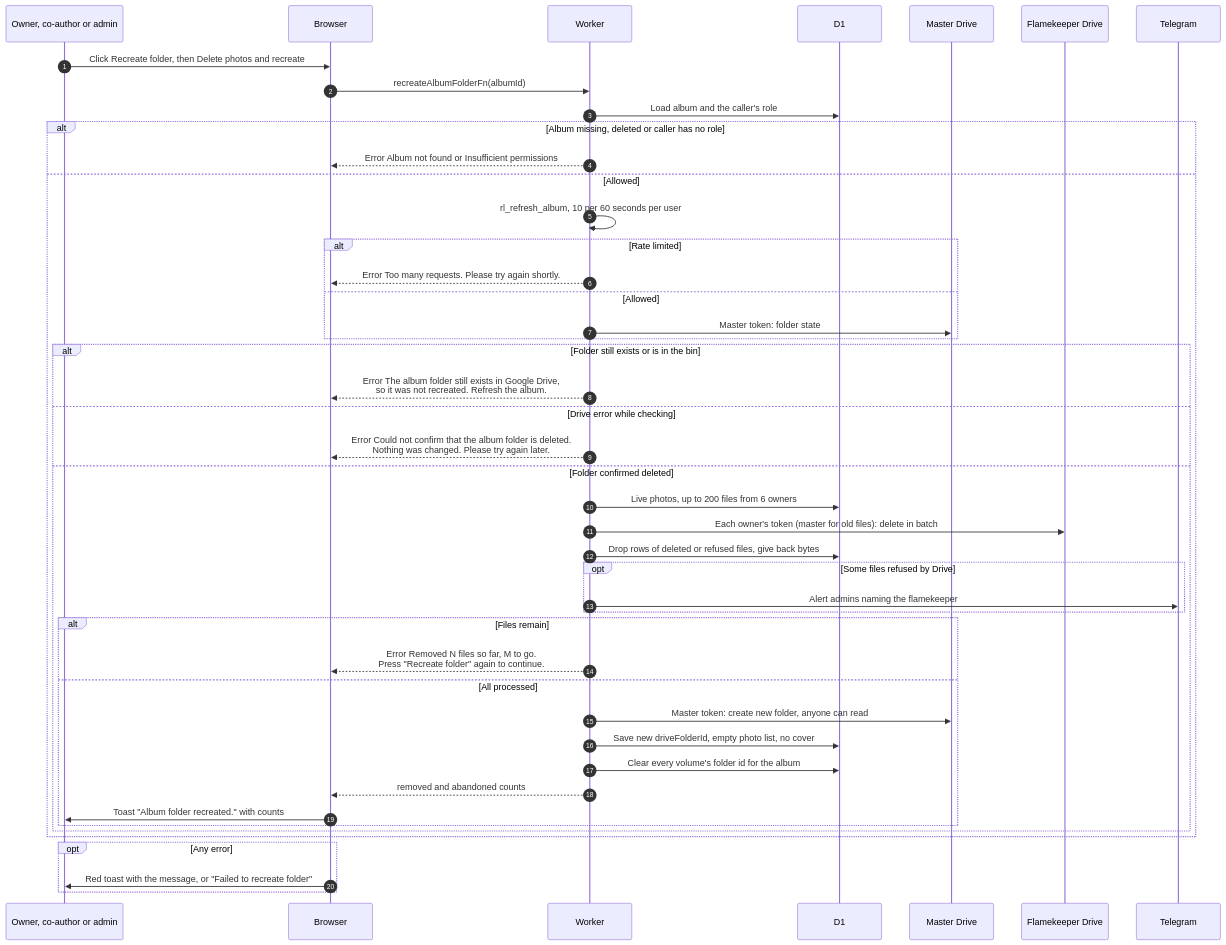
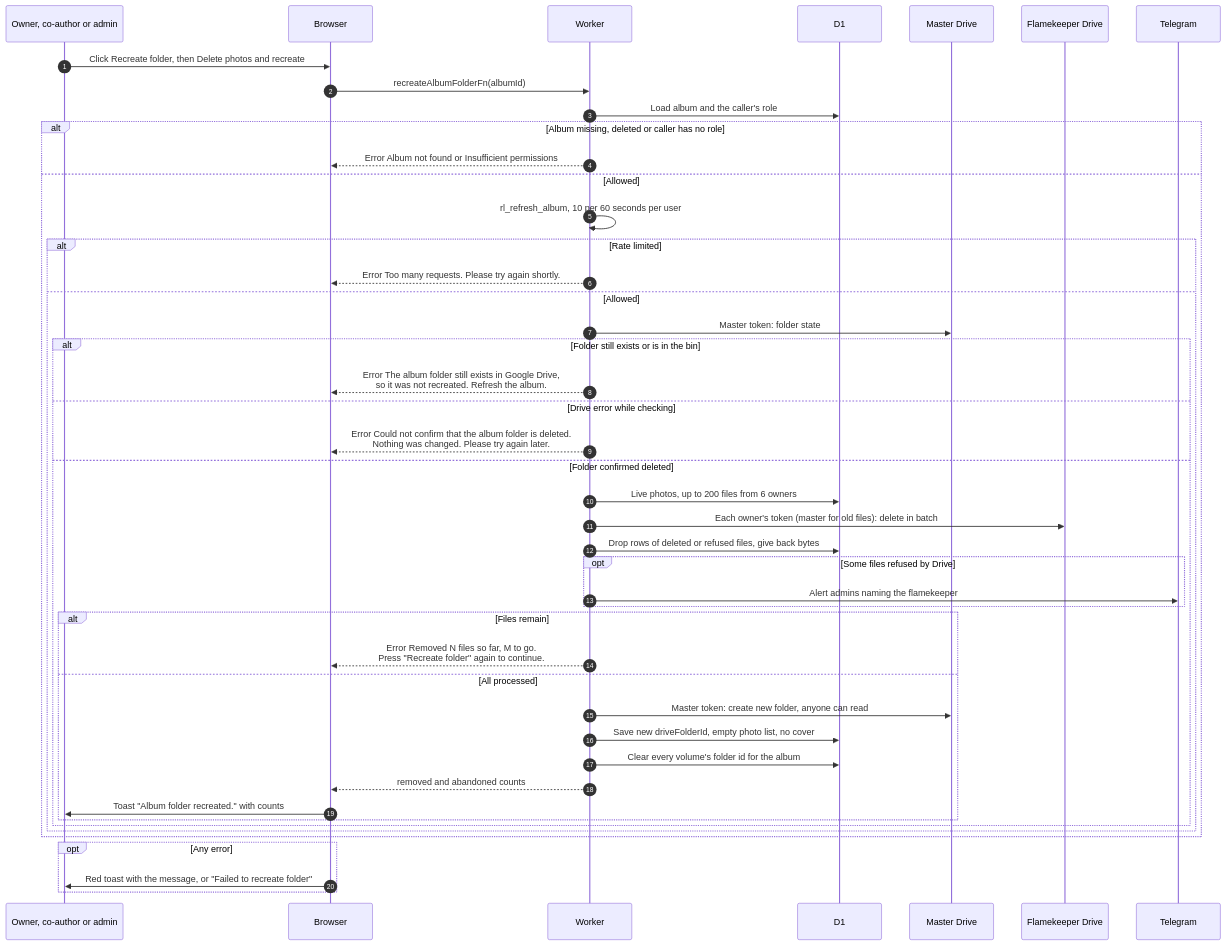
Before and after one commit to sagyzdop/meriksirat: the diagram in docs/scenarios/albums/recreate-folder.md, drawn with Mermaid. The commit also changed other lines of this file and 17 other files, not shown here.

Commit message:
docs(scenarios): verify albums diagrams against the code

````diff
--- a/docs/scenarios/albums/recreate-folder.md
+++ b/docs/scenarios/albums/recreate-folder.md
@@ -14,48 +17,48 @@
 ```mermaid
 sequenceDiagram
     autonumber
     participant M as Owner, co-author or admin
     participant B as Browser
     participant W as Worker
     participant D as D1
     participant G as Master Drive
     participant F as Flamekeeper Drive
     participant T as Telegram
     M->>B: Click Recreate folder, then Delete photos and recreate
     B->>W: recreateAlbumFolderFn(albumId)
     W->>D: Load album and the caller's role
     alt Album missing, deleted or caller has no role
         W-->>B: Error Album not found or Insufficient permissions
     else Allowed
         W->>W: rl_refresh_album, 10 per 60 seconds per user
         alt Rate limited
             W-->>B: Error Too many requests. Please try again shortly.
         else Allowed
             W->>G: Master token: folder state
-        end
-        alt Folder still exists or is in the bin
-            W-->>B: Error The album folder still exists in Google Drive,<br/>so it was not recreated. Refresh the album.
-        else Drive error while checking
-            W-->>B: Error Could not confirm that the album folder is deleted.<br/>Nothing was changed. Please try again later.
-        else Folder confirmed deleted
-            W->>D: Live photos, up to 200 files from 6 owners
-            W->>F: Each owner's token (master for old files): delete in batch
-            W->>D: Drop rows of deleted or refused files, give back bytes
-            opt Some files refused by Drive
-                W->>T: Alert admins naming the flamekeeper
-            end
-            alt Files remain
-                W-->>B: Error Removed N files so far, M to go.<br/>Press "Recreate folder" again to continue.
-            else All processed
-                W->>G: Master token: create new folder, anyone can read
-                W->>D: Save new driveFolderId, empty photo list, no cover
-                W->>D: Clear every volume's folder id for the album
-                W-->>B: removed and abandoned counts
-                B->>M: Toast "Album folder recreated." with counts
+            alt Folder still exists or is in the bin
+                W-->>B: Error The album folder still exists in Google Drive,<br/>so it was not recreated. Refresh the album.
+            else Drive error while checking
+                W-->>B: Error Could not confirm that the album folder is deleted.<br/>Nothing was changed. Please try again later.
+            else Folder confirmed deleted
+                W->>D: Live photos, up to 200 files from 6 owners
+                W->>F: Each owner's token (master for old files): delete in batch
+                W->>D: Drop rows of deleted or refused files, give back bytes
+                opt Some files refused by Drive
+                    W->>T: Alert admins naming the flamekeeper
+                end
+                alt Files remain
+                    W-->>B: Error Removed N files so far, M to go.<br/>Press "Recreate folder" again to continue.
+                else All processed
+                    W->>G: Master token: create new folder, anyone can read
+                    W->>D: Save new driveFolderId, empty photo list, no cover
+                    W->>D: Clear every volume's folder id for the album
+                    W-->>B: removed and abandoned counts
+                    B->>M: Toast "Album folder recreated." with counts
+                end
             end
         end
     end
     opt Any error
         B->>M: Red toast with the message, or "Failed to recreate folder"
     end
 ```
````
